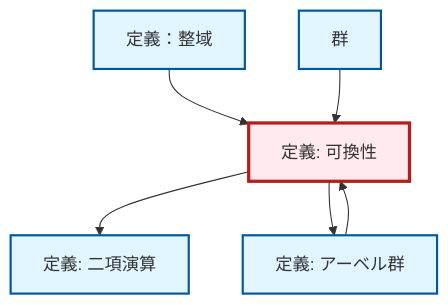
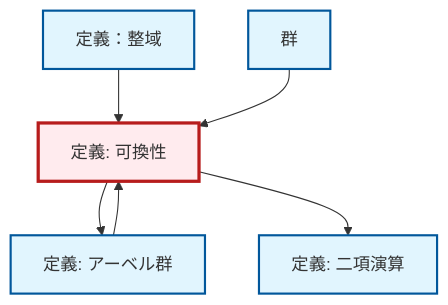
One commit to RK0429/ModernMath changed the diagram in content/ja/algebra/def-commutativity.qmd. Above: the diagram before and after it, drawn with Mermaid. The commit also changed other lines of this file and 328 other files, not shown here.

````diff
--- a/content/ja/algebra/def-commutativity.qmd
+++ b/content/ja/algebra/def-commutativity.qmd
@@ -102,24 +102,24 @@
 ```{mermaid}
 %%| fig-cap: "ローカル依存関係グラフ"
 graph TD
     classDef definition fill:#e1f5fe,stroke:#01579b,stroke-width:2px
     classDef theorem fill:#f3e5f5,stroke:#4a148c,stroke-width:2px
     classDef axiom fill:#fff3e0,stroke:#e65100,stroke-width:2px
     classDef example fill:#e8f5e9,stroke:#1b5e20,stroke-width:2px
     classDef current fill:#ffebee,stroke:#b71c1c,stroke-width:3px
+    def-integral-domain["定義：整域"]:::definition
+    def-abelian-group["定義: アーベル群"]:::definition
+    def-group["群"]:::definition
     def-binary-operation["定義: 二項演算"]:::definition
-    def-integral-domain["定義：整域"]:::definition
     def-commutativity["定義: 可換性"]:::definition
-    def-group["群"]:::definition
-    def-abelian-group["定義: アーベル群"]:::definition
-    def-commutativity --> def-binary-operation
+    def-commutativity --> def-abelian-group
+    def-abelian-group --> def-commutativity
     def-integral-domain --> def-commutativity
     def-group --> def-commutativity
-    def-commutativity --> def-abelian-group
-    def-abelian-group --> def-commutativity
+    def-commutativity --> def-binary-operation
     class def-commutativity current
+    click def-integral-domain "def-integral-domain.html" "定義：整域へ"
+    click def-abelian-group "def-abelian-group.html" "アーベル群の定義へ"
+    click def-group "def-group.html" "群へ"
     click def-binary-operation "def-binary-operation.html" "二項演算の定義へ"
-    click def-integral-domain "def-integral-domain.html" "定義：整域へ"
-    click def-group "def-group.html" "群へ"
-    click def-abelian-group "def-abelian-group.html" "アーベル群の定義へ"
 ```
````
